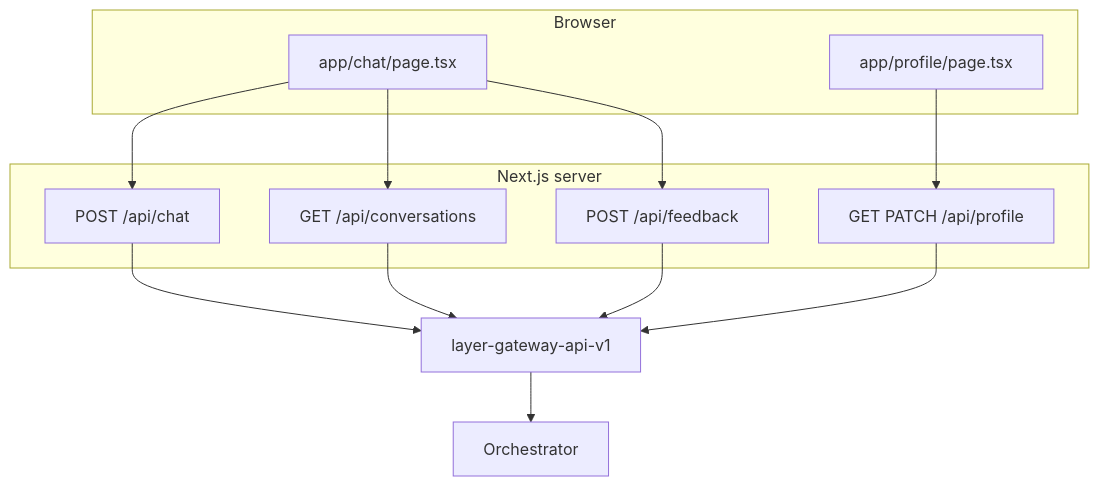
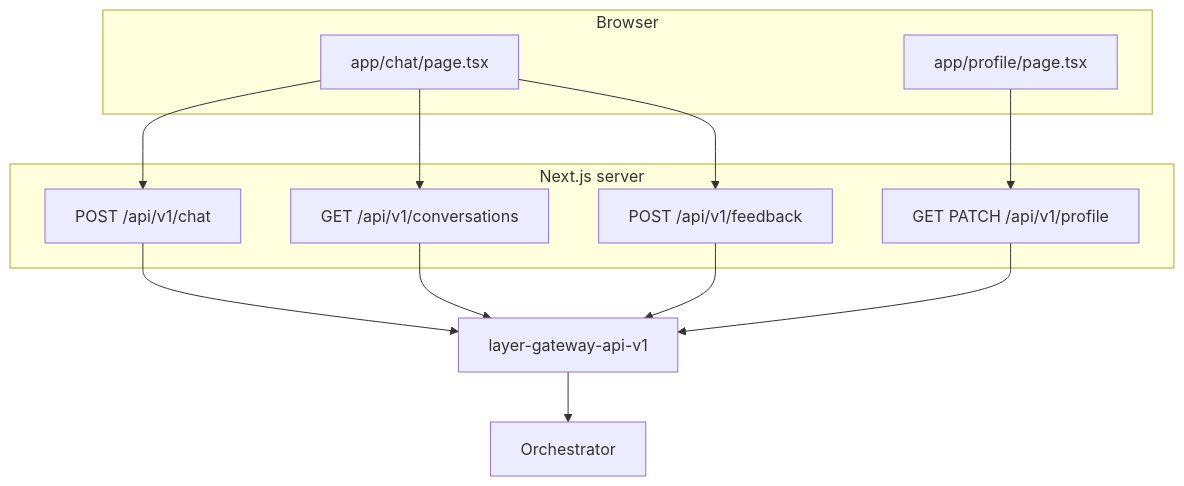
One commit to taixingbi/layer-web-v1 changed the diagram in docs/design.md. Above: the diagram before and after it, drawn with Mermaid. The commit also changed other lines of this file and 30 other files, not shown here.

````diff
--- a/docs/design.md
+++ b/docs/design.md
@@ -11,25 +11,25 @@
 ```mermaid
 flowchart TD
   subgraph browser [Browser]
     ChatPage[app/chat/page.tsx]
     ProfilePage[app/profile/page.tsx]
   end
   subgraph nextjs [Next.js server]
-    BFFChat[POST /api/chat]
-    BFFConv[GET /api/conversations]
-    BFFFb[POST /api/feedback]
-    BFFProfile[GET PATCH /api/profile]
+    BFFChat[POST /api/v1/chat]
+    BFFConv[GET /api/v1/conversations]
+    BFFFb[POST /api/v1/feedback]
+    BFFProfile[GET PATCH /api/v1/profile]
   end
   GW[layer-gateway-api-v1]
   ORCH[Orchestrator]
 
   ChatPage --> BFFChat
   ChatPage --> BFFConv
   ChatPage --> BFFFb
   ProfilePage --> BFFProfile
   BFFChat --> GW
   BFFConv --> GW
   BFFFb --> GW
   BFFProfile --> GW
   GW --> ORCH
 ```
````
